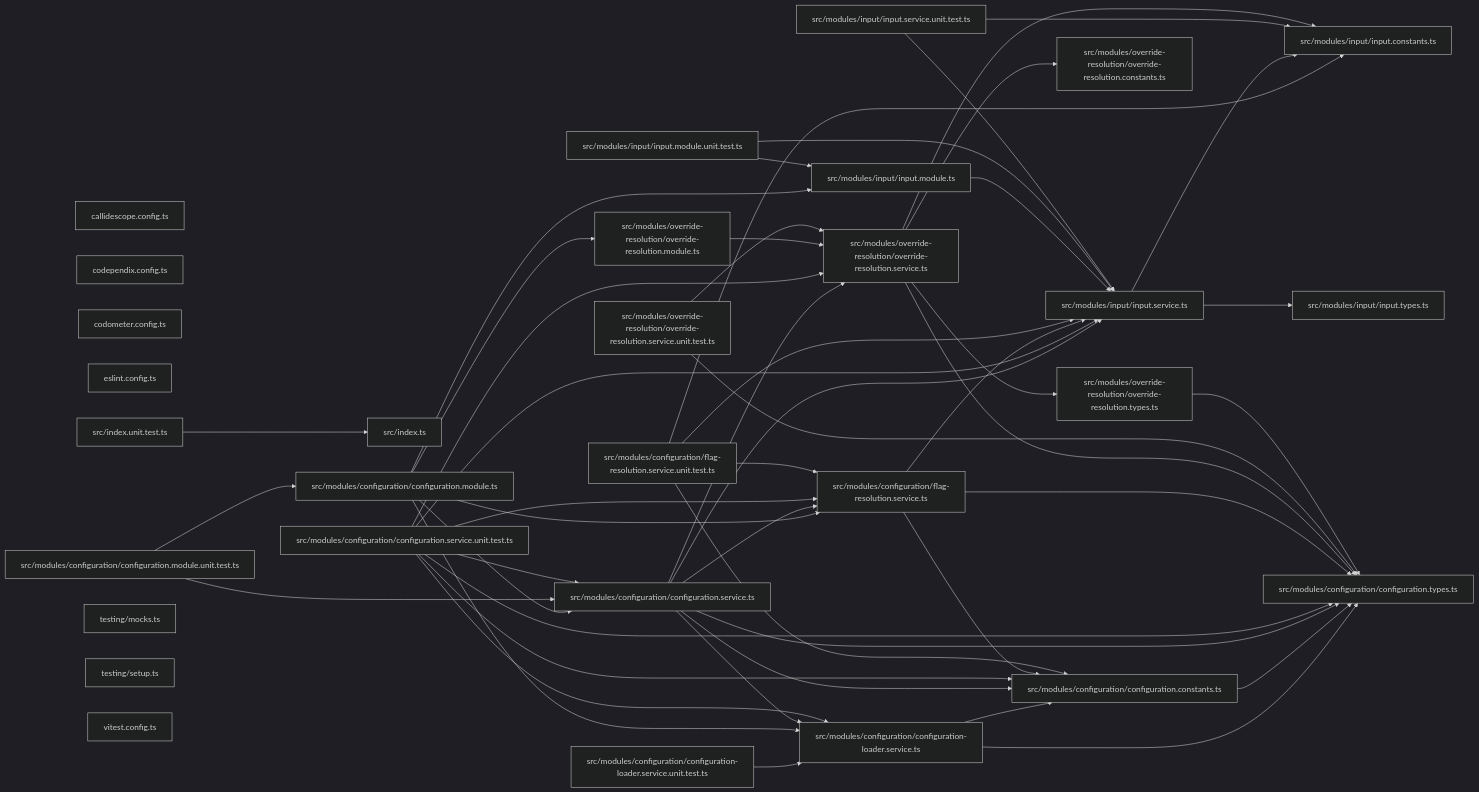
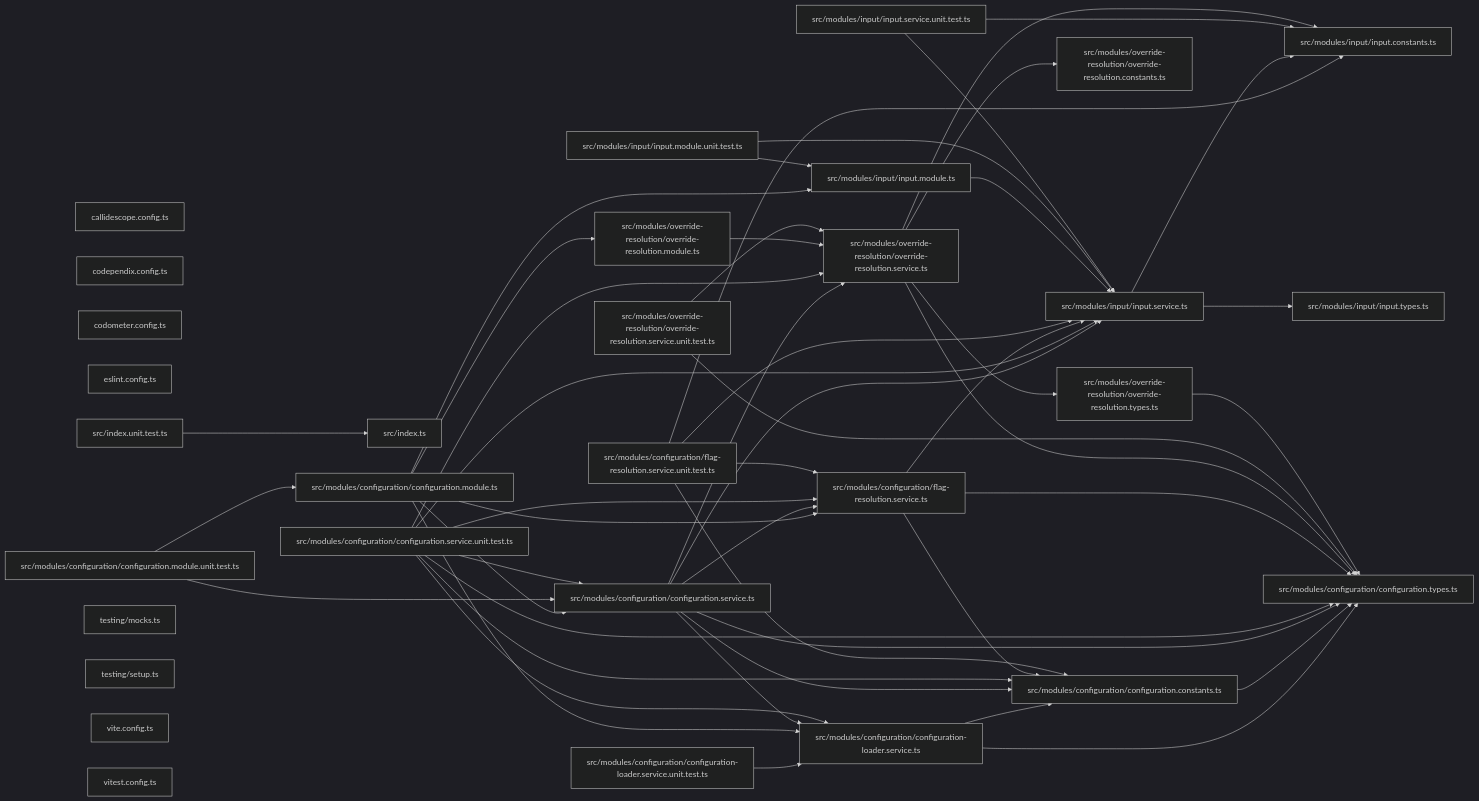
Before and after one commit to JimmyPaolini/codebase: the third of 3 diagrams in packages/ic-suite/codependix/codependix-configuration/README.md, drawn with Mermaid (dark theme). The commit also changed other lines of this file and 88 other files, not shown here.

````diff
--- a/packages/ic-suite/codependix/codependix-configuration/README.md
+++ b/packages/ic-suite/codependix/codependix-configuration/README.md
@@ -48,80 +48,81 @@
 ```mermaid
 graph LR
   file_callidescope_config_ts["callidescope.config.ts"]
   file_codependix_config_ts["codependix.config.ts"]
   file_codometer_config_ts["codometer.config.ts"]
   file_eslint_config_ts["eslint.config.ts"]
   file_src_index_ts["src/index.ts"]
   file_src_index_unit_test_ts["src/index.unit.test.ts"]
   file_src_modules_configuration_configuration_loader_service_ts["src/modules/configuration/configuration-loader.service.ts"]
   file_src_modules_configuration_configuration_loader_service_unit_test_ts["src/modules/configuration/configuration-loader.service.unit.test.ts"]
   file_src_modules_configuration_configuration_constants_ts["src/modules/configuration/configuration.constants.ts"]
   file_src_modules_configuration_configuration_module_ts["src/modules/configuration/configuration.module.ts"]
   file_src_modules_configuration_configuration_module_unit_test_ts["src/modules/configuration/configuration.module.unit.test.ts"]
   file_src_modules_configuration_configuration_service_ts["src/modules/configuration/configuration.service.ts"]
   file_src_modules_configuration_configuration_service_unit_test_ts["src/modules/configuration/configuration.service.unit.test.ts"]
   file_src_modules_configuration_configuration_types_ts["src/modules/configuration/configuration.types.ts"]
   file_src_modules_configuration_flag_resolution_service_ts["src/modules/configuration/flag-resolution.service.ts"]
   file_src_modules_configuration_flag_resolution_service_unit_test_ts["src/modules/configuration/flag-resolution.service.unit.test.ts"]
   file_src_modules_input_input_constants_ts["src/modules/input/input.constants.ts"]
   file_src_modules_input_input_module_ts["src/modules/input/input.module.ts"]
   file_src_modules_input_input_module_unit_test_ts["src/modules/input/input.module.unit.test.ts"]
   file_src_modules_input_input_service_ts["src/modules/input/input.service.ts"]
   file_src_modules_input_input_service_unit_test_ts["src/modules/input/input.service.unit.test.ts"]
   file_src_modules_input_input_types_ts["src/modules/input/input.types.ts"]
   file_src_modules_override_resolution_override_resolution_constants_ts["src/modules/override-resolution/override-resolution.constants.ts"]
   file_src_modules_override_resolution_override_resolution_module_ts["src/modules/override-resolution/override-resolution.module.ts"]
   file_src_modules_override_resolution_override_resolution_service_ts["src/modules/override-resolution/override-resolution.service.ts"]
   file_src_modules_override_resolution_override_resolution_service_unit_test_ts["src/modules/override-resolution/override-resolution.service.unit.test.ts"]
   file_src_modules_override_resolution_override_resolution_types_ts["src/modules/override-resolution/override-resolution.types.ts"]
   file_testing_mocks_ts["testing/mocks.ts"]
   file_testing_setup_ts["testing/setup.ts"]
+  file_vite_config_ts["vite.config.ts"]
   file_vitest_config_ts["vitest.config.ts"]
   file_src_index_unit_test_ts --> file_src_index_ts
   file_src_modules_configuration_configuration_loader_service_ts --> file_src_modules_configuration_configuration_constants_ts
   file_src_modules_configuration_configuration_loader_service_ts --> file_src_modules_configuration_configuration_types_ts
   file_src_modules_configuration_configuration_loader_service_unit_test_ts --> file_src_modules_configuration_configuration_loader_service_ts
   file_src_modules_configuration_configuration_constants_ts --> file_src_modules_configuration_configuration_types_ts
   file_src_modules_configuration_configuration_module_ts --> file_src_modules_configuration_configuration_loader_service_ts
   file_src_modules_configuration_configuration_module_ts --> file_src_modules_configuration_configuration_service_ts
   file_src_modules_configuration_configuration_module_ts --> file_src_modules_configuration_flag_resolution_service_ts
   file_src_modules_configuration_configuration_module_ts --> file_src_modules_input_input_module_ts
   file_src_modules_configuration_configuration_module_ts --> file_src_modules_override_resolution_override_resolution_module_ts
   file_src_modules_configuration_configuration_module_unit_test_ts --> file_src_modules_configuration_configuration_module_ts
   file_src_modules_configuration_configuration_module_unit_test_ts --> file_src_modules_configuration_configuration_service_ts
   file_src_modules_configuration_configuration_service_ts --> file_src_modules_configuration_configuration_loader_service_ts
   file_src_modules_configuration_configuration_service_ts --> file_src_modules_configuration_configuration_constants_ts
   file_src_modules_configuration_configuration_service_ts --> file_src_modules_configuration_configuration_types_ts
   file_src_modules_configuration_configuration_service_ts --> file_src_modules_configuration_flag_resolution_service_ts
   file_src_modules_configuration_configuration_service_ts --> file_src_modules_input_input_service_ts
   file_src_modules_configuration_configuration_service_ts --> file_src_modules_override_resolution_override_resolution_service_ts
   file_src_modules_configuration_configuration_service_unit_test_ts --> file_src_modules_configuration_configuration_loader_service_ts
   file_src_modules_configuration_configuration_service_unit_test_ts --> file_src_modules_configuration_configuration_constants_ts
   file_src_modules_configuration_configuration_service_unit_test_ts --> file_src_modules_configuration_configuration_service_ts
   file_src_modules_configuration_configuration_service_unit_test_ts --> file_src_modules_configuration_configuration_types_ts
   file_src_modules_configuration_configuration_service_unit_test_ts --> file_src_modules_configuration_flag_resolution_service_ts
   file_src_modules_configuration_configuration_service_unit_test_ts --> file_src_modules_input_input_service_ts
   file_src_modules_configuration_configuration_service_unit_test_ts --> file_src_modules_override_resolution_override_resolution_service_ts
   file_src_modules_configuration_flag_resolution_service_ts --> file_src_modules_configuration_configuration_constants_ts
   file_src_modules_configuration_flag_resolution_service_ts --> file_src_modules_configuration_configuration_types_ts
   file_src_modules_configuration_flag_resolution_service_ts --> file_src_modules_input_input_service_ts
   file_src_modules_configuration_flag_resolution_service_unit_test_ts --> file_src_modules_configuration_configuration_constants_ts
   file_src_modules_configuration_flag_resolution_service_unit_test_ts --> file_src_modules_configuration_flag_resolution_service_ts
   file_src_modules_configuration_flag_resolution_service_unit_test_ts --> file_src_modules_input_input_constants_ts
   file_src_modules_configuration_flag_resolution_service_unit_test_ts --> file_src_modules_input_input_service_ts
   file_src_modules_input_input_module_ts --> file_src_modules_input_input_service_ts
   file_src_modules_input_input_module_unit_test_ts --> file_src_modules_input_input_module_ts
   file_src_modules_input_input_module_unit_test_ts --> file_src_modules_input_input_service_ts
   file_src_modules_input_input_service_ts --> file_src_modules_input_input_constants_ts
   file_src_modules_input_input_service_ts --> file_src_modules_input_input_types_ts
   file_src_modules_input_input_service_unit_test_ts --> file_src_modules_input_input_constants_ts
   file_src_modules_input_input_service_unit_test_ts --> file_src_modules_input_input_service_ts
   file_src_modules_override_resolution_override_resolution_module_ts --> file_src_modules_override_resolution_override_resolution_service_ts
   file_src_modules_override_resolution_override_resolution_service_ts --> file_src_modules_configuration_configuration_types_ts
   file_src_modules_override_resolution_override_resolution_service_ts --> file_src_modules_input_input_constants_ts
   file_src_modules_override_resolution_override_resolution_service_ts --> file_src_modules_override_resolution_override_resolution_constants_ts
   file_src_modules_override_resolution_override_resolution_service_ts --> file_src_modules_override_resolution_override_resolution_types_ts
   file_src_modules_override_resolution_override_resolution_service_unit_test_ts --> file_src_modules_configuration_configuration_types_ts
   file_src_modules_override_resolution_override_resolution_service_unit_test_ts --> file_src_modules_override_resolution_override_resolution_service_ts
   file_src_modules_override_resolution_override_resolution_types_ts --> file_src_modules_configuration_configuration_types_ts
 ```
````
